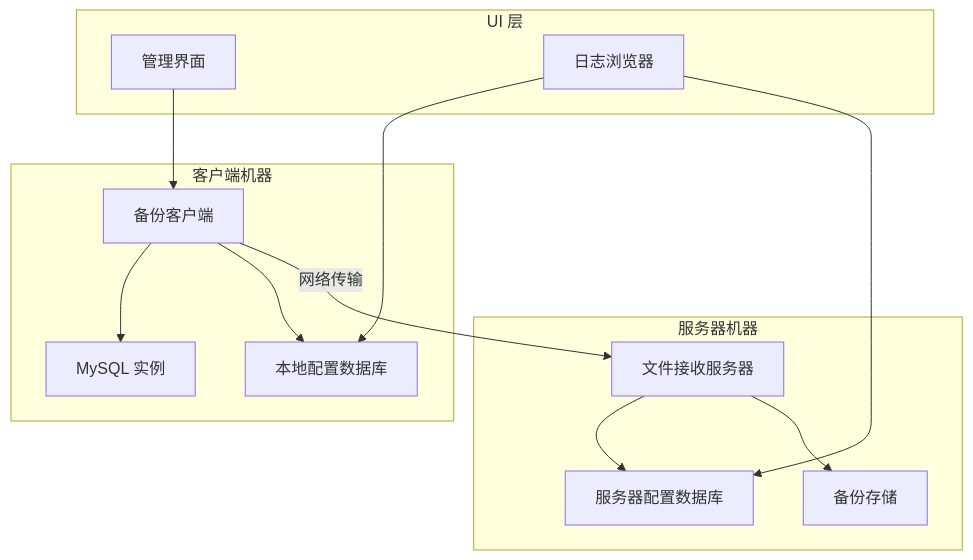
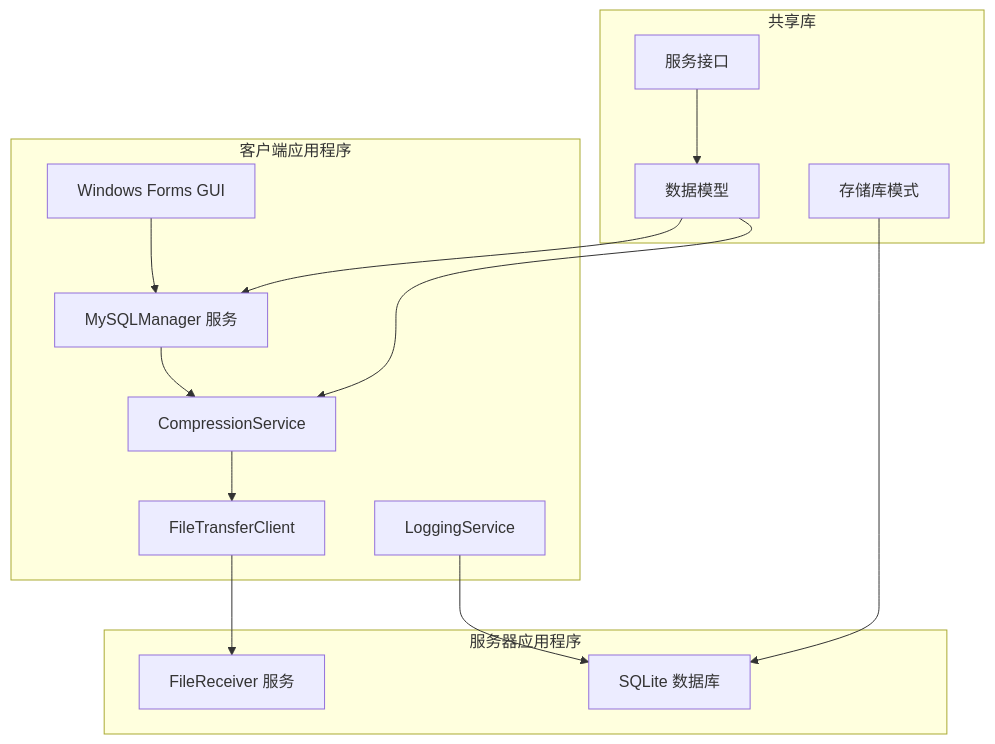
The first of 2 diagrams in .kiro/specs/mysql-backup-tool/design-Zh.md (LTA319/BackupTool), drawn with Mermaid before and after one commit. The commit also changed other lines of this file and 5 other files, not shown here.

````diff
--- a/.kiro/specs/mysql-backup-tool/design-Zh.md
+++ b/.kiro/specs/mysql-backup-tool/design-Zh.md
@@ -15,28 +15,32 @@
 ```mermaid
 graph TB
-    subgraph "客户端机器"
-        BC[备份客户端]
-        MySQL[MySQL 实例]
-        LCD[本地配置数据库]
-        BC --> MySQL
-        BC --> LCD
+    subgraph "客户端应用程序"
+        GUI[Windows Forms GUI]
+        MySQLMgr[MySQLManager 服务]
+        CompSvc[CompressionService]
+        TransferClient[FileTransferClient]
+        LogSvc[LoggingService]
     end
     
-    subgraph "服务器机器"
-        FRS[文件接收服务器]
-        SCD[服务器配置数据库]
-        BS[备份存储]
-        FRS --> SCD
-        FRS --> BS
+    subgraph "服务器应用程序"
+        FileReceiver[FileReceiver 服务]
+        ServerDB[SQLite 数据库]
     end
     
-    BC -->|网络传输| FRS
+    subgraph "共享库"
+        Models[数据模型]
+        Interfaces[服务接口]
+        Repos[存储库模式]
+    end
     
-    subgraph "UI 层"
-        GUI[管理界面]
-        LOG[日志浏览器]
-        GUI --> BC
-        LOG --> LCD
-        LOG --> SCD
-    end
+    GUI --> MySQLMgr
+    MySQLMgr --> CompSvc
+    CompSvc --> TransferClient
+    TransferClient --> FileReceiver
+    LogSvc --> ServerDB
+    
+    Models --> MySQLMgr
+    Models --> CompSvc
+    Interfaces --> Models
+    Repos --> ServerDB
 ```
````
